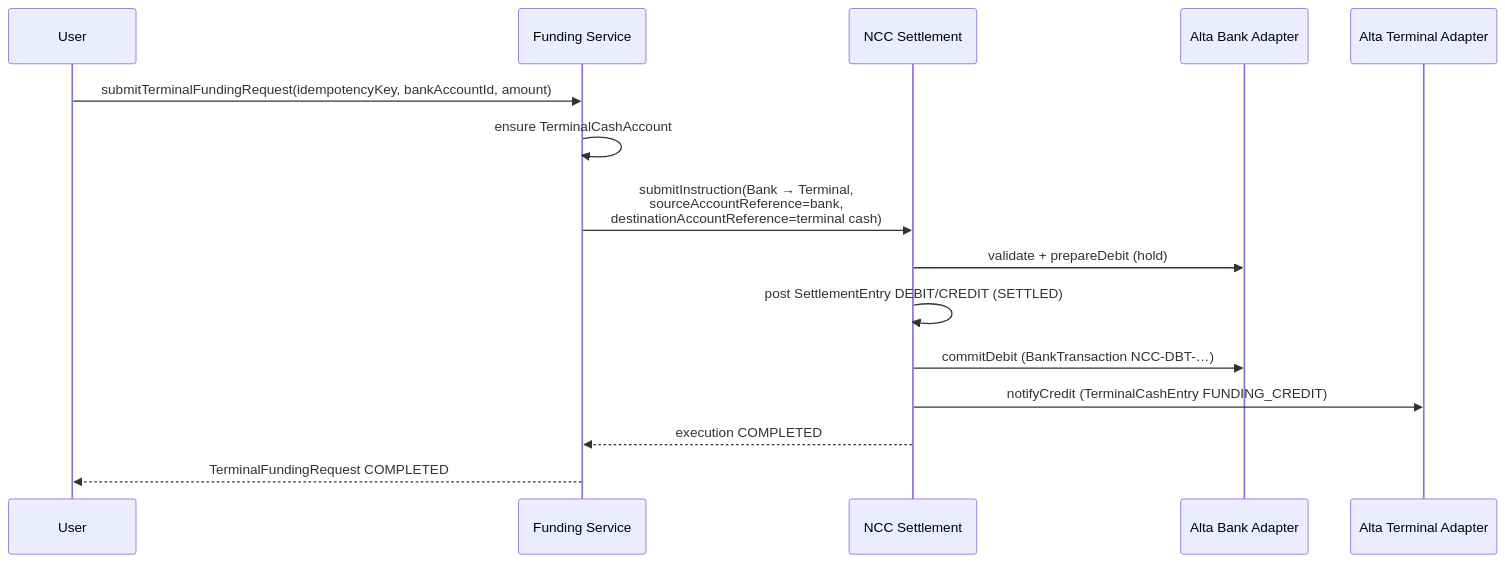
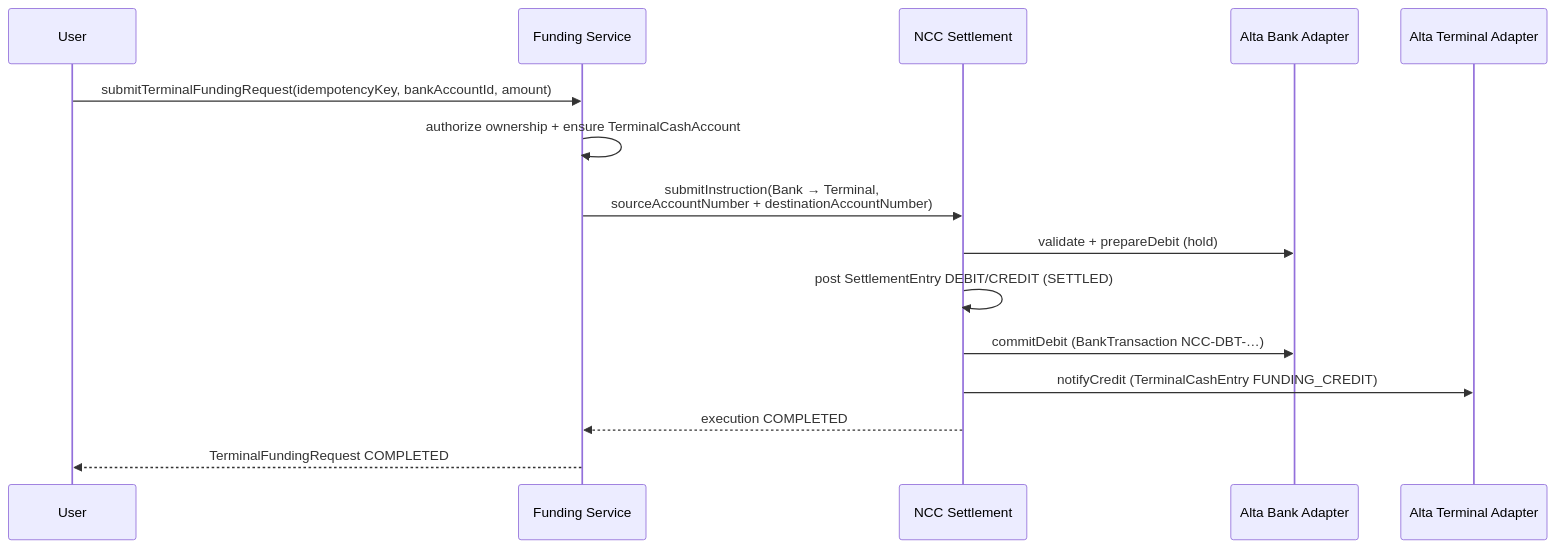
The first of 2 diagrams in docs/ncc/NCC_ALTA_INTEGRATION.md (bubbie716/altagroupdev), drawn with Mermaid before and after one commit. The commit also changed other lines of this file and 170 other files, not shown here.

````diff
--- a/docs/ncc/NCC_ALTA_INTEGRATION.md
+++ b/docs/ncc/NCC_ALTA_INTEGRATION.md
@@ -111,18 +116,18 @@
 ```mermaid
 sequenceDiagram
   participant User
   participant Fund as Funding Service
   participant NCC as NCC Settlement
   participant BankAd as Alta Bank Adapter
   participant TermAd as Alta Terminal Adapter
 
   User->>Fund: submitTerminalFundingRequest(idempotencyKey, bankAccountId, amount)
-  Fund->>Fund: ensure TerminalCashAccount
-  Fund->>NCC: submitInstruction(Bank → Terminal,<br/>sourceAccountReference=bank,<br/>destinationAccountReference=terminal cash)
+  Fund->>Fund: authorize ownership + ensure TerminalCashAccount
+  Fund->>NCC: submitInstruction(Bank → Terminal,<br/>sourceAccountNumber + destinationAccountNumber)
   NCC->>BankAd: validate + prepareDebit (hold)
   NCC->>NCC: post SettlementEntry DEBIT/CREDIT (SETTLED)
   NCC->>BankAd: commitDebit (BankTransaction NCC-DBT-…)
   NCC->>TermAd: notifyCredit (TerminalCashEntry FUNDING_CREDIT)
   NCC-->>Fund: execution COMPLETED
   Fund-->>User: TerminalFundingRequest COMPLETED
 ```
````
